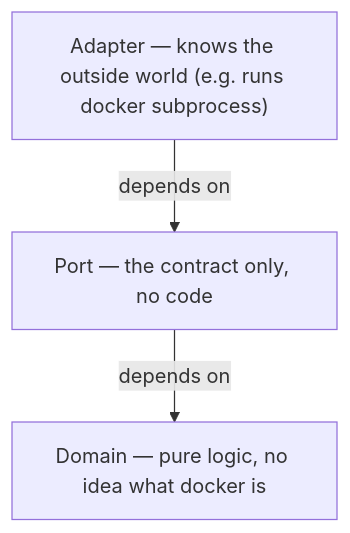
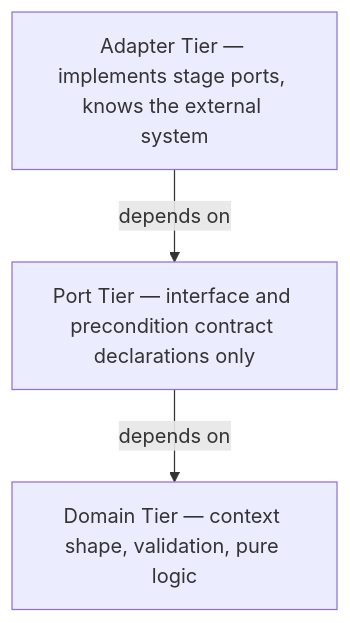
The fourth of 4 diagrams in docs/ARCHITECTURE.md (BinaryBand/server-apps), drawn with Mermaid before and after one commit. The commit also changed other lines of this file and 9 other files, not shown here.

````diff
--- a/docs/ARCHITECTURE.md
+++ b/docs/ARCHITECTURE.md
@@ -131,8 +168,8 @@
 ```mermaid
 flowchart TD
-    A["Adapter — knows the outside world (e.g. runs docker subprocess)"]
-    P["Port — the contract only, no code"]
-    D["Domain — pure logic, no idea what docker is"]
-    A -->|depends on| P
-    P -->|depends on| D
+    A["Adapter Tier — implements stage ports, knows the external system"]
+    P["Port Tier — interface and precondition contract declarations only"]
+    D["Domain Tier — context shape, validation, pure logic"]
+    A -->|"depends on"| P
+    P -->|"depends on"| D
 ```
````
